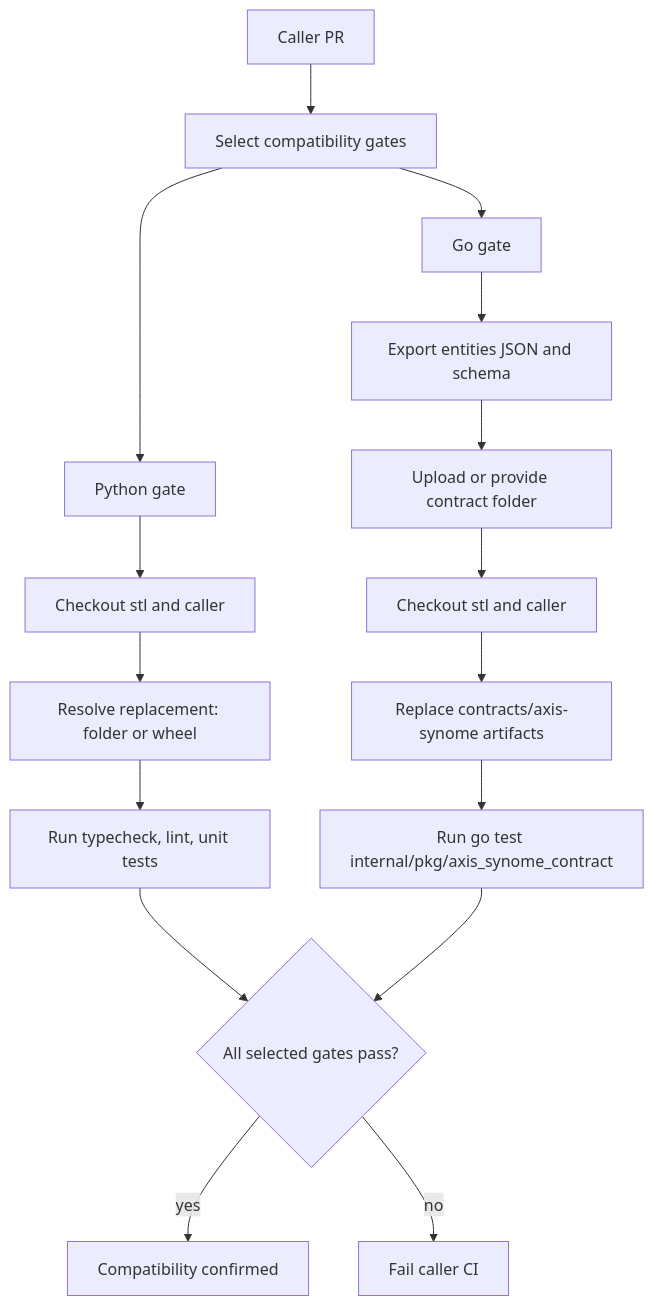
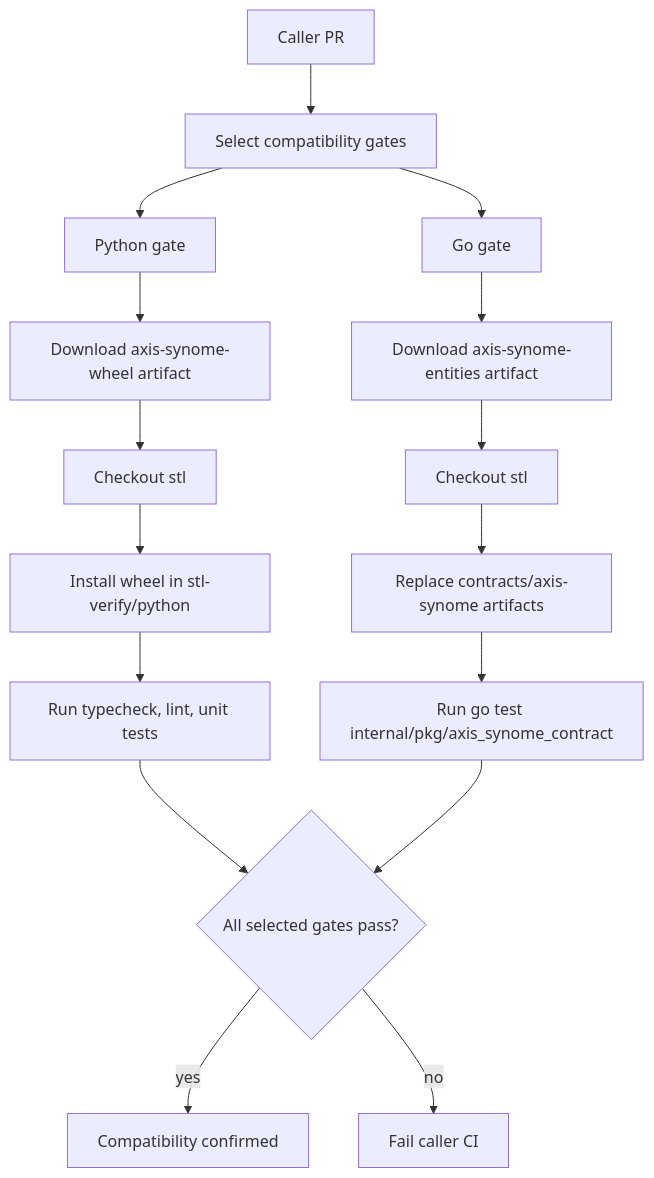
The diagram in docs/adr/0004-sentinel-verify-compatibility-ci.md (archon-research/stl), drawn with Mermaid before and after one commit. The commit also changed other lines of this file and 2 other files, not shown here.

````diff
--- a/docs/adr/0004-sentinel-verify-compatibility-ci.md
+++ b/docs/adr/0004-sentinel-verify-compatibility-ci.md
@@ -153,21 +134,21 @@
 ```mermaid
 flowchart TD
   A[Caller PR] --> B[Select compatibility gates]
   B --> C[Python gate]
   B --> D[Go gate]
 
-  C --> C1[Checkout stl and caller]
-  C1 --> C2[Resolve replacement: folder or wheel]
-  C2 --> C3[Run typecheck, lint, unit tests]
+  C --> C1[Download axis-synome-wheel artifact]
+  C1 --> C2[Checkout stl]
+  C2 --> C3[Install wheel in stl-verify/python]
+  C3 --> C4[Run typecheck, lint, unit tests]
 
-  D --> D1[Export entities JSON and schema]
-  D1 --> D2[Upload or provide contract folder]
-  D2 --> D3[Checkout stl and caller]
-  D3 --> D4[Replace contracts/axis-synome artifacts]
-  D4 --> D5[Run go test internal/pkg/axis_synome_contract]
+  D --> D1[Download axis-synome-entities artifact]
+  D1 --> D2[Checkout stl]
+  D2 --> D3[Replace contracts/axis-synome artifacts]
+  D3 --> D4[Run go test internal/pkg/axis_synome_contract]
 
-  C3 --> E{All selected gates pass?}
-  D5 --> E
+  C4 --> E{All selected gates pass?}
+  D4 --> E
   E -->|yes| F[Compatibility confirmed]
   E -->|no| G[Fail caller CI]
 ```
````
